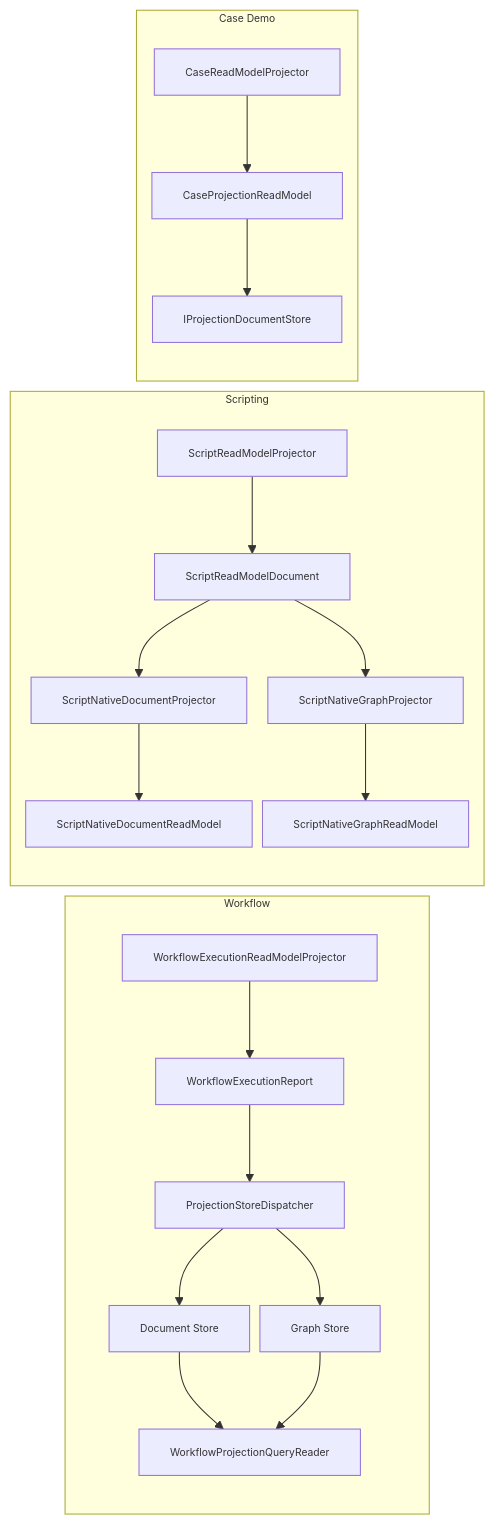
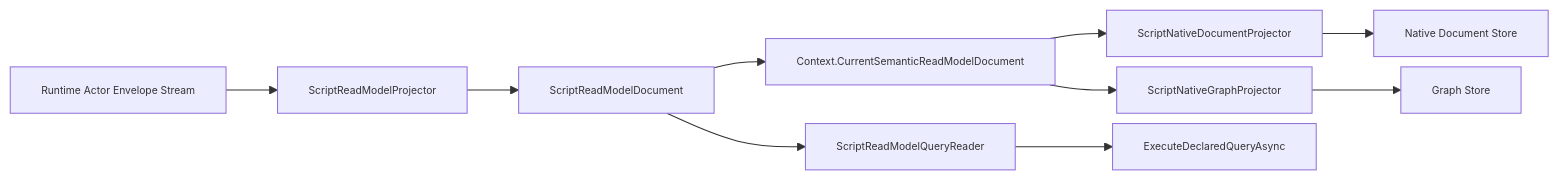
The third of 3 diagrams in docs/architecture/2026-03-15-cqrs-projection-readmodels-architecture.md (aevatarAI/aevatar), drawn with Mermaid before and after one commit. The commit also changed other lines of this file and 3 other files, not shown here.

First line of the commit message:
Enhance ReadModel Architecture with Snapshot Fact and Projection Guidelines

````diff
--- a/docs/architecture/2026-03-15-cqrs-projection-readmodels-architecture.md
+++ b/docs/architecture/2026-03-15-cqrs-projection-readmodels-architecture.md
@@ -550,39 +350,13 @@
 ```mermaid
 %%{init: {"maxTextSize": 100000, "flowchart": {"useMaxWidth": false, "nodeSpacing": 10, "rankSpacing": 50}, "themeVariables": {"fontSize": "10px"}}}%%
 flowchart LR
-  subgraph W["Workflow"]
-    W1["WorkflowExecutionReadModelProjector"]
-    W2["WorkflowExecutionReport"]
-    W3["ProjectionStoreDispatcher"]
-    W4["Document Store"]
-    W5["Graph Store"]
-    W6["WorkflowProjectionQueryReader"]
-  end
-
-  subgraph S["Scripting"]
-    S1["ScriptReadModelProjector"]
-    S2["ScriptReadModelDocument"]
-    S3["ScriptNativeDocumentProjector"]
-    S4["ScriptNativeGraphProjector"]
-    S5["ScriptNativeDocumentReadModel"]
-    S6["ScriptNativeGraphReadModel"]
-  end
-
-  subgraph C["Case Demo"]
-    C1["CaseReadModelProjector"]
-    C2["CaseProjectionReadModel"]
-    C3["IProjectionDocumentStore"]
-  end
-
-  W1 --> W2 --> W3
-  W3 --> W4
-  W3 --> W5
-  W4 --> W6
-  W5 --> W6
-
-  S1 --> S2
-  S2 --> S3 --> S5
-  S2 --> S4 --> S6
-
-  C1 --> C2 --> C3
+  A["Runtime Actor Envelope Stream"] --> B["ScriptReadModelProjector"]
+  B --> C["ScriptReadModelDocument"]
+  C --> D["Context.CurrentSemanticReadModelDocument"]
+  D --> E["ScriptNativeDocumentProjector"]
+  D --> F["ScriptNativeGraphProjector"]
+  E --> G["Native Document Store"]
+  F --> H["Graph Store"]
+  C --> I["ScriptReadModelQueryReader"]
+  I --> J["ExecuteDeclaredQueryAsync"]
 ```
````
